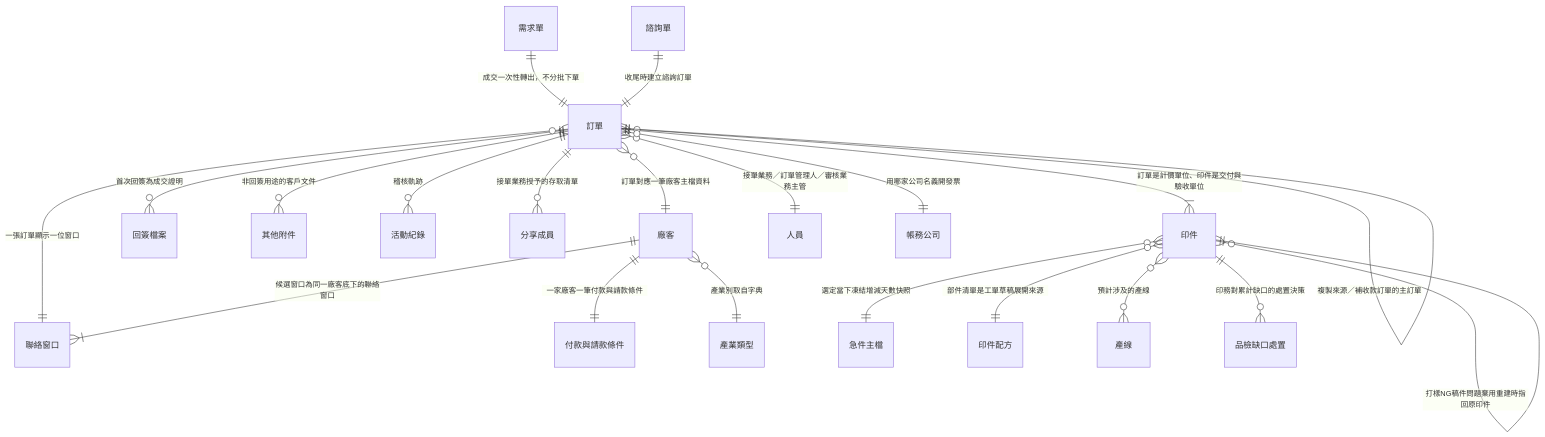
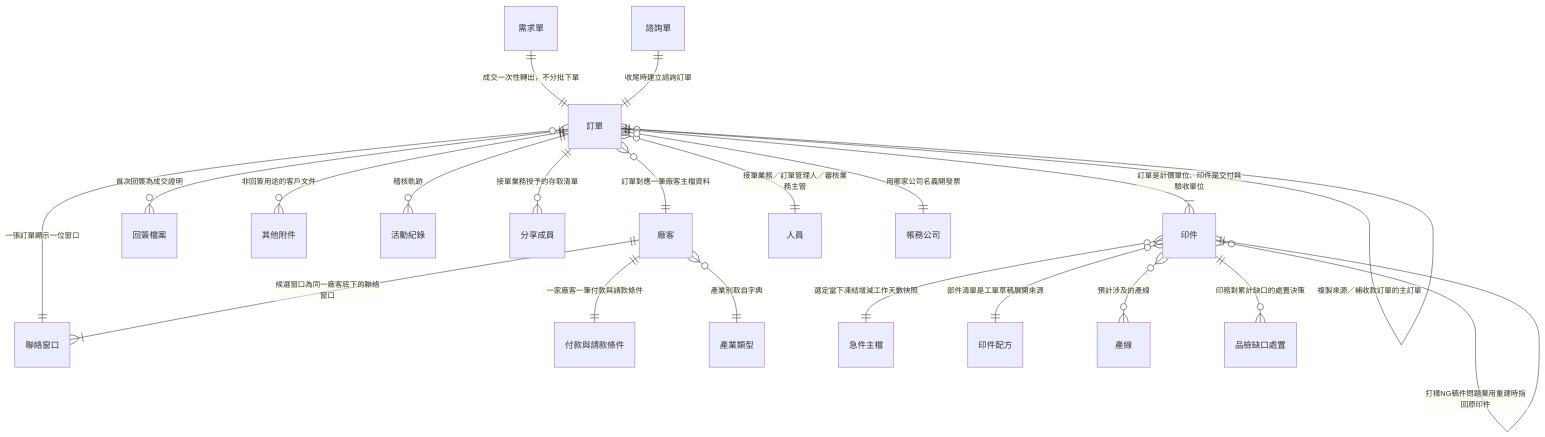
The first of 5 diagrams in memory/Sens_wiki/wiki/erp/05-entities/訂單領域資料結構總覽.md (Kawato-Miles/erp-spec), drawn with Mermaid before and after one commit. The commit also changed other lines of this file and 45 other files, not shown here.

````diff
--- a/memory/Sens_wiki/wiki/erp/05-entities/訂單領域資料結構總覽.md
+++ b/memory/Sens_wiki/wiki/erp/05-entities/訂單領域資料結構總覽.md
@@ -21,23 +21,23 @@
 ```mermaid
 erDiagram
     "需求單" ||--|| "訂單" : "成交一次性轉出，不分批下單"
     "諮詢單" ||--|| "訂單" : "收尾時建立諮詢訂單"
     "訂單" ||--|{ "印件" : "訂單是計價單位、印件是交付與驗收單位"
     "訂單" }o--|| "訂單" : "複製來源／補收款訂單的主訂單"
     "訂單" ||--o{ "回簽檔案" : "首次回簽為成交證明"
     "訂單" ||--o{ "其他附件" : "非回簽用途的客戶文件"
     "訂單" ||--o{ "活動紀錄" : "稽核軌跡"
     "訂單" ||--o{ "分享成員" : "接單業務授予的存取清單"
     "訂單" }o--|| "廠客" : "訂單對應一筆廠客主檔資料"
     "訂單" }o--|| "聯絡窗口" : "一張訂單顯示一位窗口"
     "廠客" ||--|{ "聯絡窗口" : "候選窗口為同一廠客底下的聯絡窗口"
     "廠客" ||--|| "付款與請款條件" : "一家廠客一筆付款與請款條件"
     "廠客" }o--|| "產業類型" : "產業別取自字典"
     "訂單" }o--|| "人員" : "接單業務／訂單管理人／審核業務主管"
     "訂單" }o--|| "帳務公司" : "用哪家公司名義開發票"
     "印件" }o--|| "印件" : "打樣NG稿件問題棄用重建時指回原印件"
-    "印件" }o--|| "急件主檔" : "選定當下凍結增減天數快照"
+    "印件" }o--|| "急件主檔" : "選定當下凍結增減工作天數快照"
     "印件" }o--|| "印件配方" : "部件清單是工單草稿展開來源"
     "印件" }o--o{ "產線" : "預計涉及的產線"
     "印件" ||--o{ "品檢缺口處置" : "印務對累計缺口的處置決策"
 ```
````
